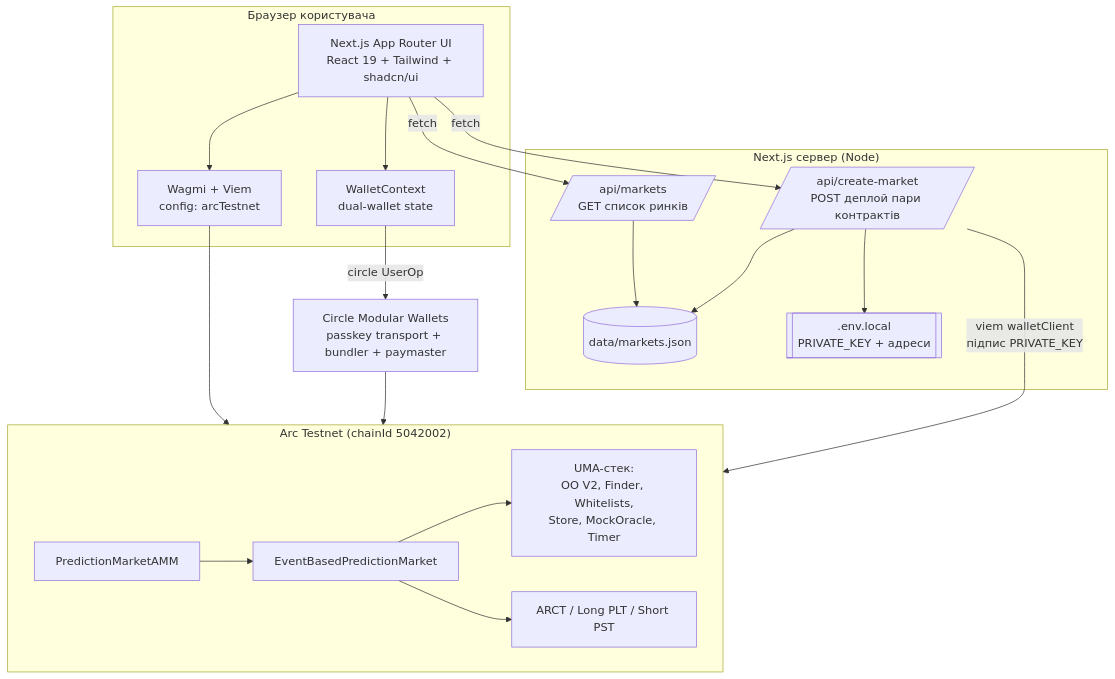
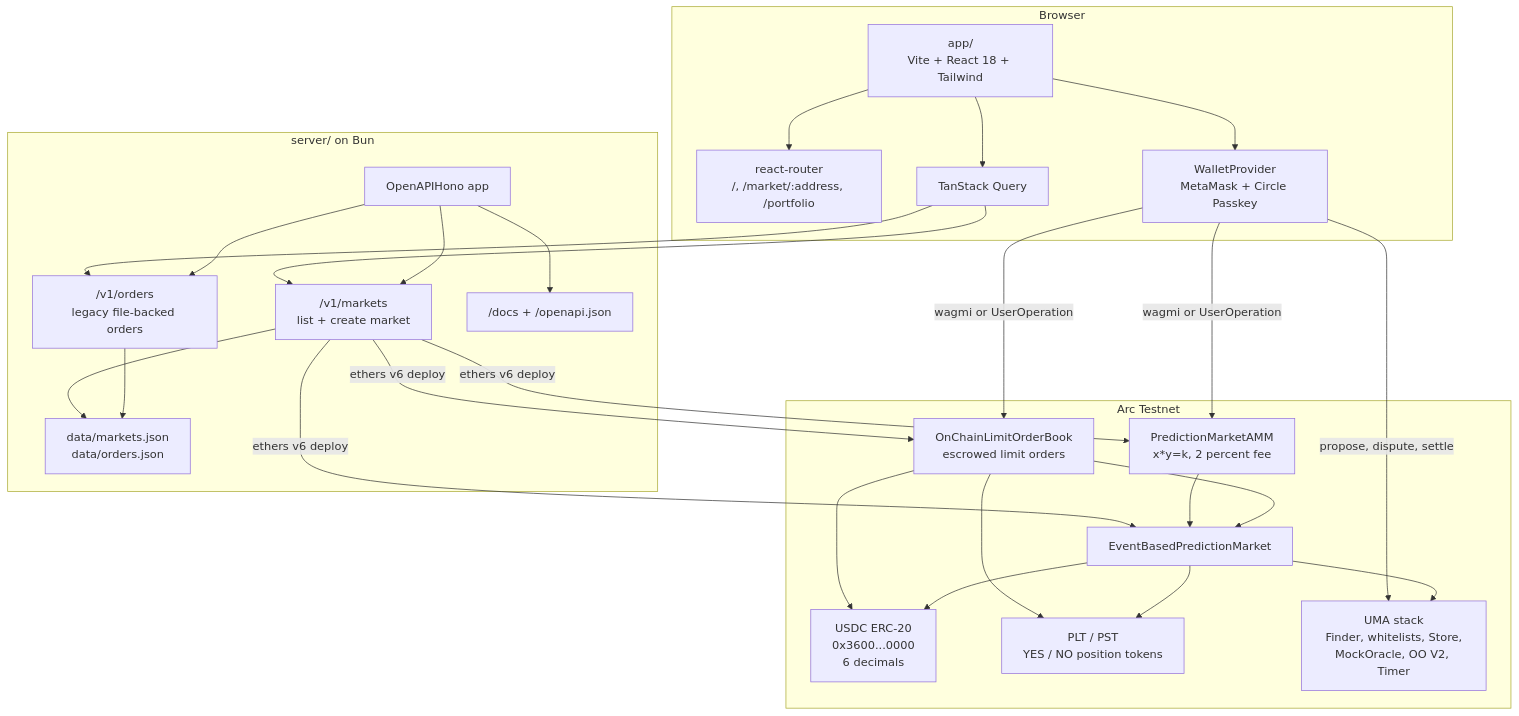
One commit to Kirashchuk/Predict-Edge changed the second of 9 diagrams in docs/architecture-diagram.md. Above: the diagram before and after it, drawn with Mermaid. The commit also changed other lines of this file and 42 other files, not shown here.

First line of the commit message:
Add on-chain CLOB limit order book + deploy ETH-market CLOB

````diff
--- a/docs/architecture-diagram.md
+++ b/docs/architecture-diagram.md
@@ -40,35 +39,50 @@
 ```mermaid
 graph TB
-    subgraph Browser["Браузер користувача"]
-        UI[Next.js App Router UI<br/>React 19 + Tailwind + shadcn/ui]
-        WAGMI[Wagmi + Viem<br/>config: arcTestnet]
-        WCTX[WalletContext<br/>dual-wallet state]
+    subgraph Browser["Browser"]
+        UI["app/<br/>Vite + React 18 + Tailwind"]
+        Router["react-router<br/>/, /market/:address, /portfolio"]
+        Wallet["WalletProvider<br/>MetaMask + Circle Passkey"]
+        Query["TanStack Query"]
     end
 
-    subgraph Server["Next.js сервер (Node)"]
-        APIM[/api/markets<br/>GET список ринків/]
-        APIC[/api/create-market<br/>POST деплой пари контрактів/]
-        DATA[(data/markets.json)]
-        ENV[[.env.local<br/>PRIVATE_KEY + адреси]]
+    subgraph Api["server/ on Bun"]
+        Hono["OpenAPIHono app"]
+        Markets["/v1/markets<br/>list + create market"]
+        Orders["/v1/orders<br/>legacy file-backed orders"]
+        Docs["/docs + /openapi.json"]
+        Stores["data/markets.json<br/>data/orders.json"]
     end
 
-    subgraph Chain["Arc Testnet (chainId 5042002)"]
-        MKT[EventBasedPredictionMarket]
-        AMM[PredictionMarketAMM]
-        TOKENS[ARCT / Long PLT / Short PST]
-        UMA[UMA-стек:<br/>OO V2, Finder, Whitelists,<br/>Store, MockOracle, Timer]
+    subgraph Chain["Arc Testnet"]
+        USDC["USDC ERC-20<br/>0x3600...0000<br/>6 decimals"]
+        Market["EventBasedPredictionMarket"]
+        AMM["PredictionMarketAMM<br/>x*y=k, 2 percent fee"]
+        CLOB["OnChainLimitOrderBook<br/>escrowed limit orders"]
+        Tokens["PLT / PST<br/>YES / NO position tokens"]
+        UMA["UMA stack<br/>Finder, whitelists, Store,<br/>MockOracle, OO V2, Timer"]
     end
 
-    CircleInfra[Circle Modular Wallets<br/>passkey transport + bundler + paymaster]
-
-    UI --> WAGMI --> Chain
-    UI --> WCTX
-    WCTX -->|circle UserOp| CircleInfra --> Chain
-    UI -->|fetch| APIM --> DATA
-    UI -->|fetch| APIC
-    APIC -->|viem walletClient<br/>підпис PRIVATE_KEY| Chain
-    APIC --> ENV
-    APIC --> DATA
-    AMM --> MKT --> UMA
-    MKT --> TOKENS
+    UI --> Router
+    UI --> Wallet
+    UI --> Query
+    Query --> Markets
+    Query --> Orders
+    Hono --> Markets
+    Hono --> Orders
+    Hono --> Docs
+    Markets --> Stores
+    Orders --> Stores
+    Markets -->|ethers v6 deploy| Market
+    Markets -->|ethers v6 deploy| AMM
+    Markets -->|ethers v6 deploy| CLOB
+    Wallet -->|wagmi or UserOperation| AMM
+    Wallet -->|wagmi or UserOperation| CLOB
+    Wallet -->|propose, dispute, settle| UMA
+    AMM --> Market
+    CLOB --> Market
+    CLOB --> Tokens
+    CLOB --> USDC
+    Market --> Tokens
+    Market --> USDC
+    Market --> UMA
 ```
````
